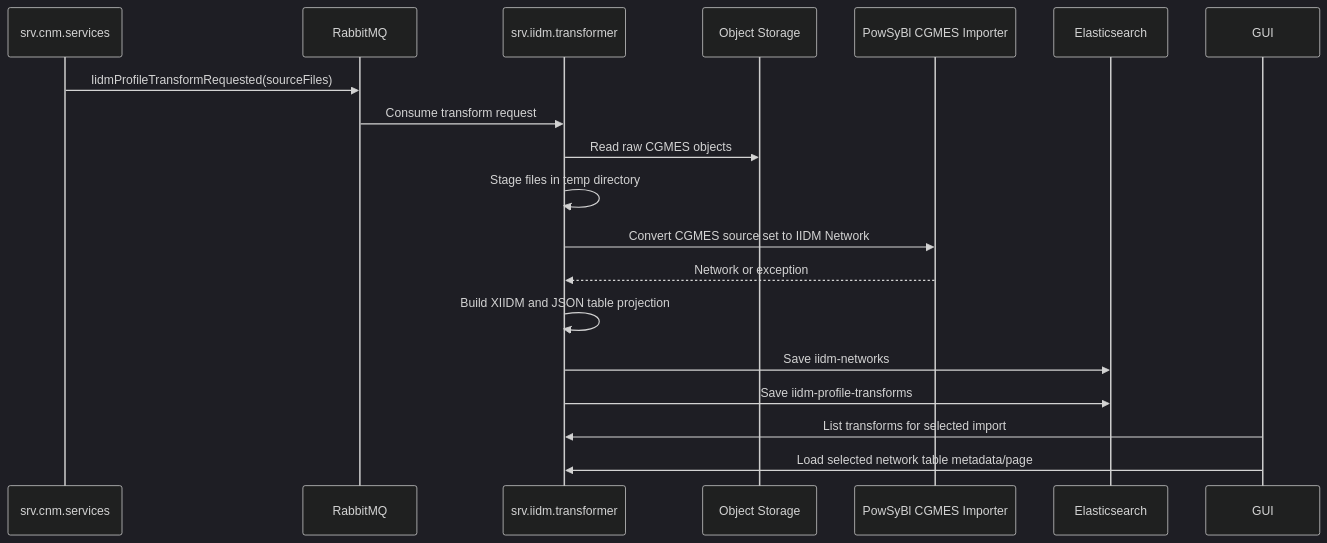
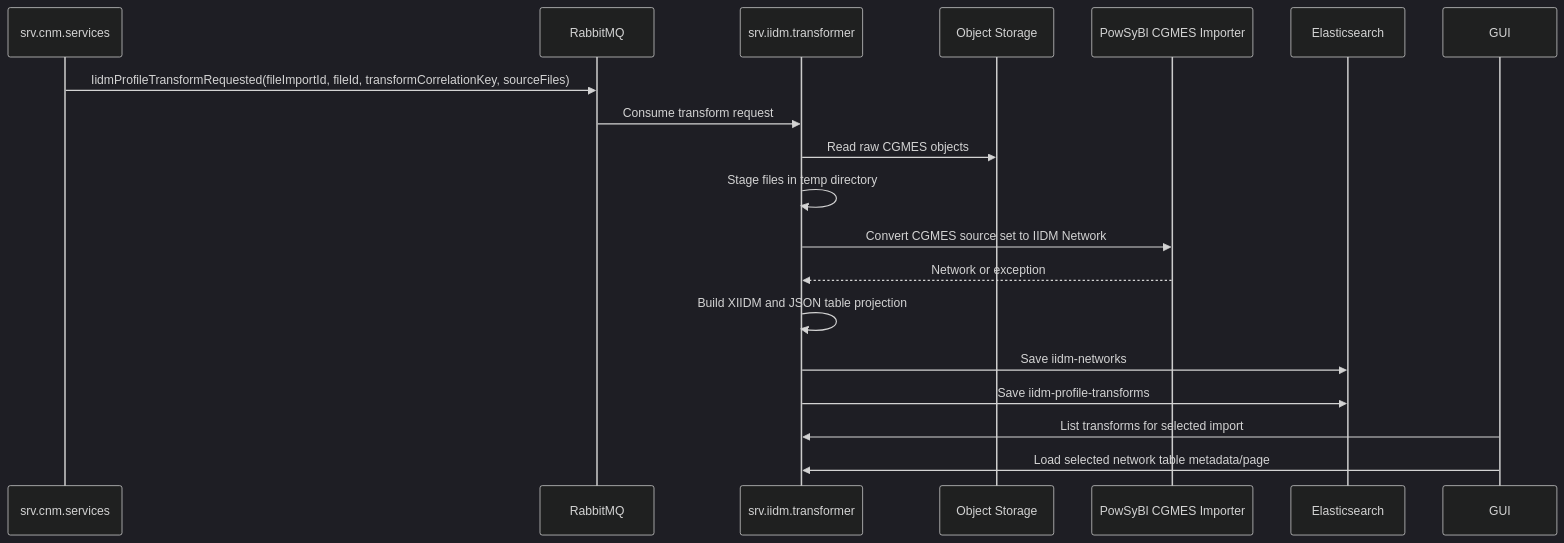
One commit to gsrinike/egm-suite changed the diagram in doc.arch/IIDM_TRANSFORMATION_DESIGN.md. Above: the diagram before and after it, drawn with Mermaid (dark theme). The commit also changed 198 other files, not shown here.

````diff
--- a/doc.arch/IIDM_TRANSFORMATION_DESIGN.md
+++ b/doc.arch/IIDM_TRANSFORMATION_DESIGN.md
@@ -84,22 +84,22 @@
 ```mermaid
 sequenceDiagram
   participant CNM as srv.cnm.services
   participant MQ as RabbitMQ
   participant IIDM as srv.iidm.transformer
   participant MinIO as Object Storage
   participant PowSyBl as PowSyBl CGMES Importer
   participant ES as Elasticsearch
   participant GUI as GUI
 
-  CNM->>MQ: IidmProfileTransformRequested(sourceFiles)
+  CNM->>MQ: IidmProfileTransformRequested(fileImportId, fileId, transformCorrelationKey, sourceFiles)
   MQ->>IIDM: Consume transform request
   IIDM->>MinIO: Read raw CGMES objects
   IIDM->>IIDM: Stage files in temp directory
   IIDM->>PowSyBl: Convert CGMES source set to IIDM Network
   PowSyBl-->>IIDM: Network or exception
   IIDM->>IIDM: Build XIIDM and JSON table projection
   IIDM->>ES: Save iidm-networks
   IIDM->>ES: Save iidm-profile-transforms
   GUI->>IIDM: List transforms for selected import
   GUI->>IIDM: Load selected network table metadata/page
 ```
````
